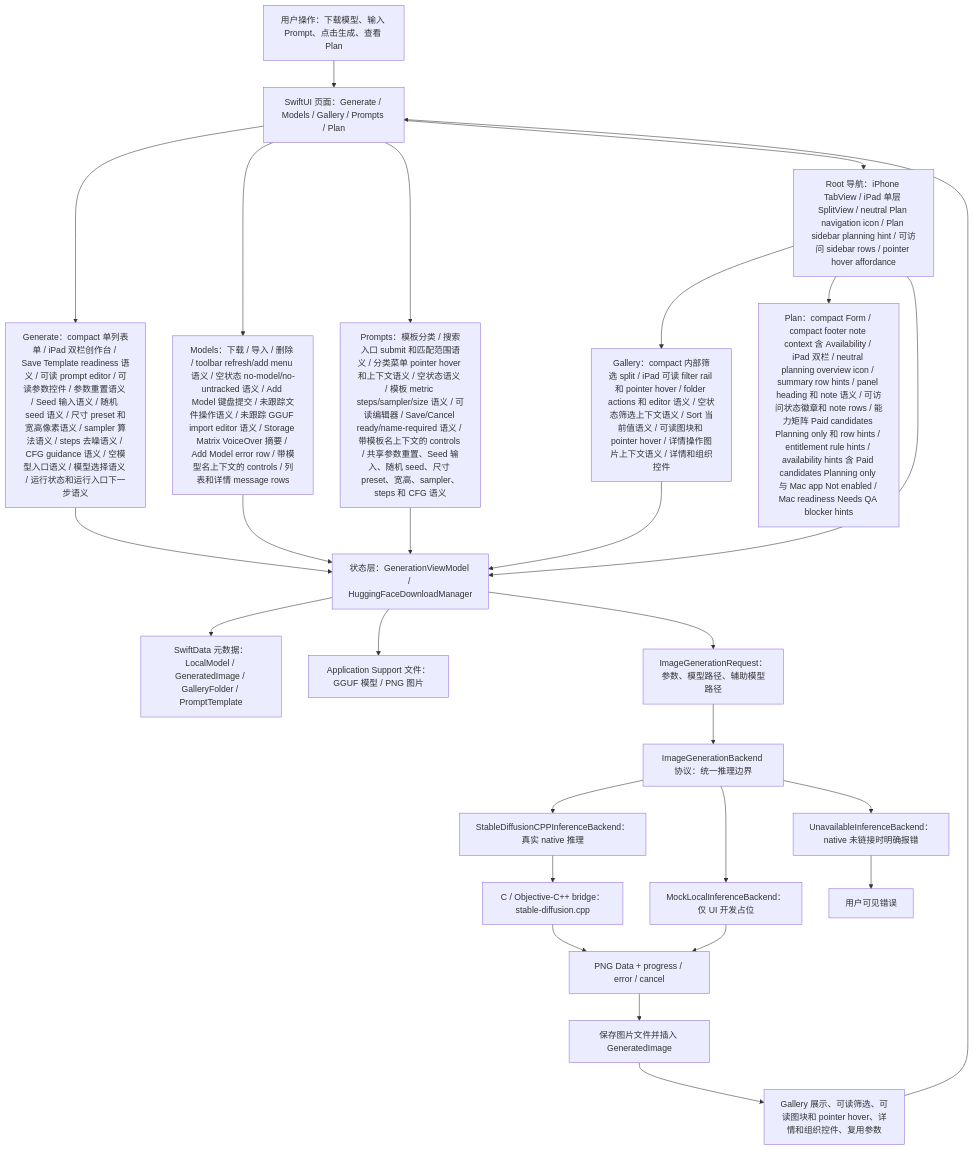
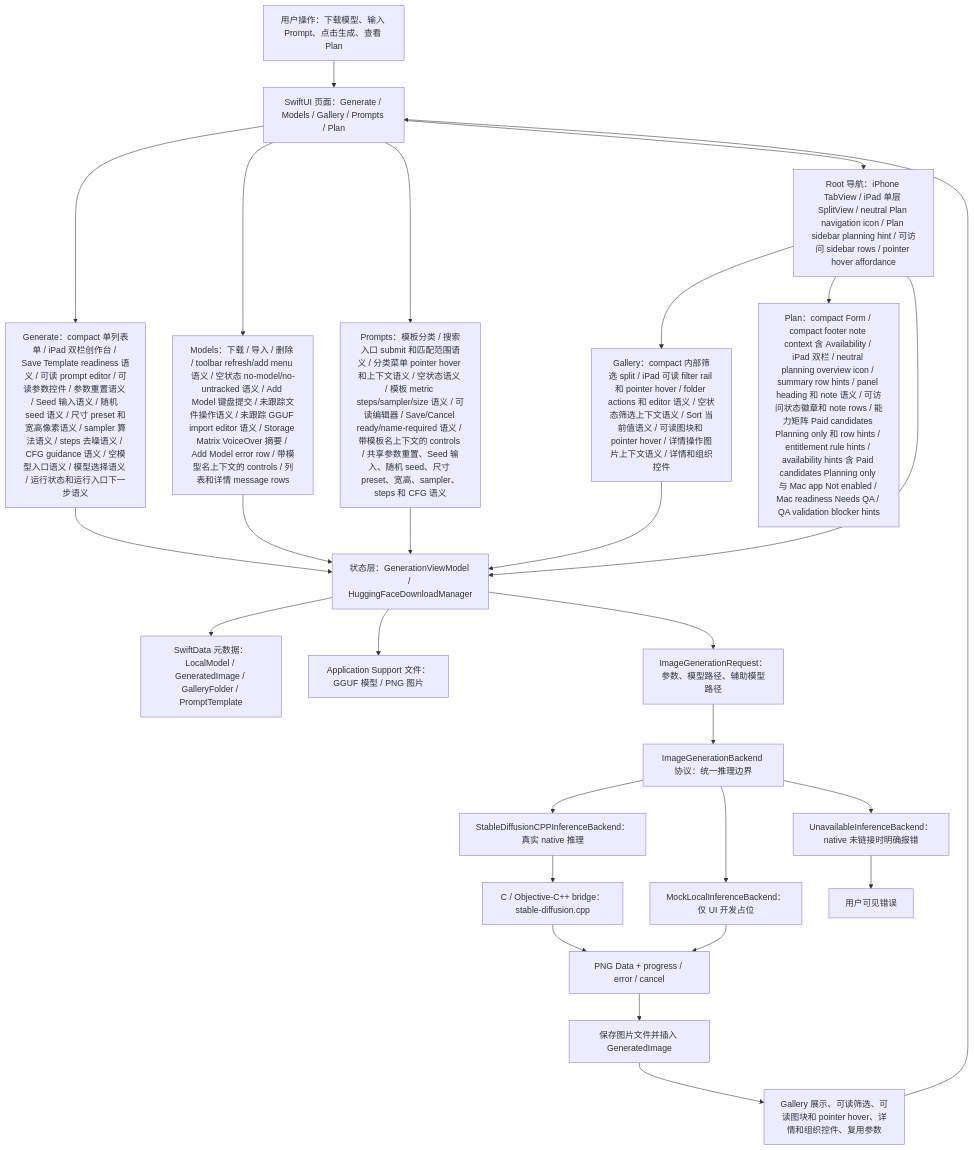
Before and after one commit to Altman-sam114/118: the first of 7 diagrams in md/flow/flowchart.md, drawn with Mermaid. The commit also changed 5 other files, not shown here.

First line of the commit message:
v1.75: Mac readiness QA copy

````diff
--- a/md/flow/flowchart.md
+++ b/md/flow/flowchart.md
@@ -9,29 +9,29 @@
 ```mermaid
 flowchart TD
   U["用户操作：下载模型、输入 Prompt、点击生成、查看 Plan"] --> UI["SwiftUI 页面：Generate / Models / Gallery / Prompts / Plan"]
   UI --> GENUI["Generate：compact 单列表单 / iPad 双栏创作台 / Save Template readiness 语义 / 可读 prompt editor / 可读参数控件 / 参数重置语义 / Seed 输入语义 / 随机 seed 语义 / 尺寸 preset 和宽高像素语义 / sampler 算法语义 / steps 去噪语义 / CFG guidance 语义 / 空模型入口语义 / 模型选择语义 / 运行状态和运行入口下一步语义"]
   UI --> MODELUI["Models：下载 / 导入 / 删除 / toolbar refresh/add menu 语义 / 空状态 no-model/no-untracked 语义 / Add Model 键盘提交 / 未跟踪文件操作语义 / 未跟踪 GGUF import editor 语义 / Storage Matrix VoiceOver 摘要 / Add Model error row / 带模型名上下文的 controls / 列表和详情 message rows"]
   UI --> PROMPTUI["Prompts：模板分类 / 搜索入口 submit 和匹配范围语义 / 分类菜单 pointer hover 和上下文语义 / 空状态语义 / 模板 metric steps/sampler/size 语义 / 可读编辑器 / Save/Cancel ready/name-required 语义 / 带模板名上下文的 controls / 共享参数重置、Seed 输入、随机 seed、尺寸 preset、宽高、sampler、steps 和 CFG 语义"]
   UI --> NAV["Root 导航：iPhone TabView / iPad 单层 SplitView / neutral Plan navigation icon / Plan sidebar planning hint / 可访问 sidebar rows / pointer hover affordance"]
   NAV --> GALUI["Gallery：compact 内部筛选 split / iPad 可读 filter rail 和 pointer hover / folder actions 和 editor 语义 / 空状态筛选上下文语义 / Sort 当前值语义 / 可读图块和 pointer hover / 详情操作图片上下文语义 / 详情和组织控件"]
-  NAV --> PLANUI["Plan：compact Form / compact footer note context 含 Availability / iPad 双栏 / neutral planning overview icon / summary row hints / panel heading 和 note 语义 / 可访问状态徽章和 note rows / 能力矩阵 Paid candidates Planning only 和 row hints / entitlement rule hints / availability hints 含 Paid candidates Planning only 与 Mac app Not enabled / Mac readiness Needs QA blocker hints"]
+  NAV --> PLANUI["Plan：compact Form / compact footer note context 含 Availability / iPad 双栏 / neutral planning overview icon / summary row hints / panel heading 和 note 语义 / 可访问状态徽章和 note rows / 能力矩阵 Paid candidates Planning only 和 row hints / entitlement rule hints / availability hints 含 Paid candidates Planning only 与 Mac app Not enabled / Mac readiness Needs QA / QA validation blocker hints"]
   NAV --> VM["状态层：GenerationViewModel / HuggingFaceDownloadManager"]
   GENUI --> VM
   MODELUI --> VM
   PROMPTUI --> VM
   GALUI --> VM
   VM --> SD["SwiftData 元数据：LocalModel / GeneratedImage / GalleryFolder / PromptTemplate"]
   VM --> FS["Application Support 文件：GGUF 模型 / PNG 图片"]
   VM --> REQ["ImageGenerationRequest：参数、模型路径、辅助模型路径"]
   REQ --> IFACE["ImageGenerationBackend 协议：统一推理边界"]
   IFACE --> NATIVE["StableDiffusionCPPInferenceBackend：真实 native 推理"]
   IFACE --> MOCK["MockLocalInferenceBackend：仅 UI 开发占位"]
   IFACE --> OFF["UnavailableInferenceBackend：native 未链接时明确报错"]
   NATIVE --> BRIDGE["C / Objective-C++ bridge：stable-diffusion.cpp"]
   BRIDGE --> PNG["PNG Data + progress / error / cancel"]
   MOCK --> PNG
   OFF --> ERR["用户可见错误"]
   PNG --> SAVE["保存图片文件并插入 GeneratedImage"]
   SAVE --> GALLERY["Gallery 展示、可读筛选、可读图块和 pointer hover、详情和组织控件、复用参数"]
   GALLERY --> UI
 ```
````
